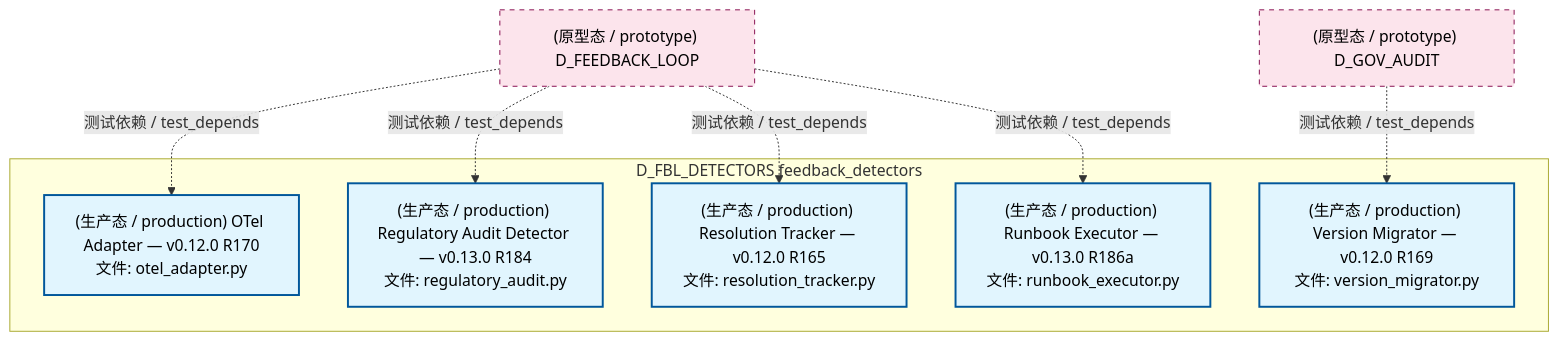
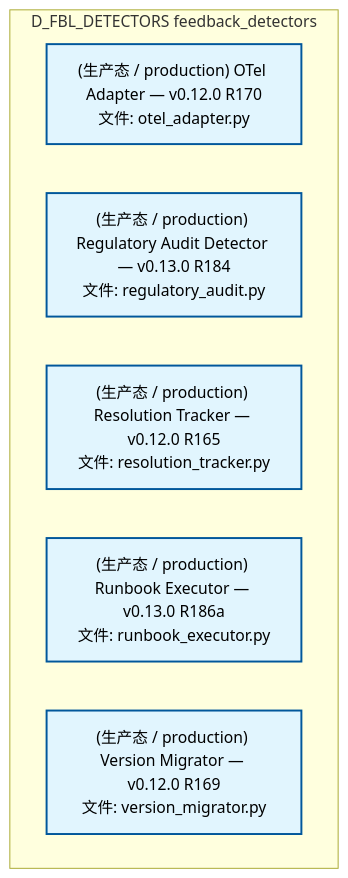
Before and after one commit to xuanFelixVan/ZephyrAlpha: the third of 6 diagrams in docs/02_enterprise_architecture/02_domain_architecture_docs/11_d_fbl_detectors.md, drawn with Mermaid. The commit also changed other lines of this file and 126 other files, not shown here.

````diff
--- a/docs/02_enterprise_architecture/02_domain_architecture_docs/11_d_fbl_detectors.md
+++ b/docs/02_enterprise_architecture/02_domain_architecture_docs/11_d_fbl_detectors.md
@@ -266,23 +233,15 @@
 ```mermaid
 graph TD
     subgraph D_FBL_DETECTORS["D_FBL_DETECTORS feedback_detectors"]
         src_zephyr_feedback_loop_detectors_reliability_otel_adapter_py["(生产态 / production) OTel Adapter — v0.12.0 R170<br/>文件: otel_adapter.py"]
         src_zephyr_feedback_loop_detectors_reliability_regulatory_audit_py["(生产态 / production) Regulatory Audit Detector — v0.13.0 R184<br/>文件: regulatory_audit.py"]
         src_zephyr_feedback_loop_detectors_reliability_resolution_tracker_py["(生产态 / production) Resolution Tracker — v0.12.0 R165<br/>文件: resolution_tracker.py"]
         src_zephyr_feedback_loop_detectors_reliability_runbook_executor_py["(生产态 / production) Runbook Executor — v0.13.0 R186a<br/>文件: runbook_executor.py"]
         src_zephyr_feedback_loop_detectors_reliability_version_migrator_py["(生产态 / production) Version Migrator — v0.12.0 R169<br/>文件: version_migrator.py"]
     end
-    D_FEEDBACK_LOOP["(原型态 / prototype) D_FEEDBACK_LOOP"]
-    D_FEEDBACK_LOOP -.->|测试依赖 / test_depends| src_zephyr_feedback_loop_detectors_reliability_regulatory_audit_py
-    D_FEEDBACK_LOOP -.->|测试依赖 / test_depends| src_zephyr_feedback_loop_detectors_reliability_runbook_executor_py
-    D_GOV_AUDIT["(原型态 / prototype) D_GOV_AUDIT"]
-    D_GOV_AUDIT -.->|测试依赖 / test_depends| src_zephyr_feedback_loop_detectors_reliability_version_migrator_py
-    D_FEEDBACK_LOOP -.->|测试依赖 / test_depends| src_zephyr_feedback_loop_detectors_reliability_otel_adapter_py
-    D_FEEDBACK_LOOP -.->|测试依赖 / test_depends| src_zephyr_feedback_loop_detectors_reliability_resolution_tracker_py
     classDef production fill:#e1f5fe,stroke:#01579b,stroke-width:2px,color:#000
     classDef design fill:#fff3e0,stroke:#e65100,stroke-width:2px,color:#000,stroke-dasharray: 5 5
     classDef external_prod fill:#e8f5e9,stroke:#1b5e20,stroke-width:1px,color:#000
     classDef external_design fill:#fce4ec,stroke:#880e4f,stroke-width:1px,color:#000,stroke-dasharray: 5 5
     class src_zephyr_feedback_loop_detectors_reliability_otel_adapter_py,src_zephyr_feedback_loop_detectors_reliability_regulatory_audit_py,src_zephyr_feedback_loop_detectors_reliability_resolution_tracker_py,src_zephyr_feedback_loop_detectors_reliability_runbook_executor_py,src_zephyr_feedback_loop_detectors_reliability_version_migrator_py production
-    class D_FEEDBACK_LOOP,D_GOV_AUDIT external_design
 ```
````
